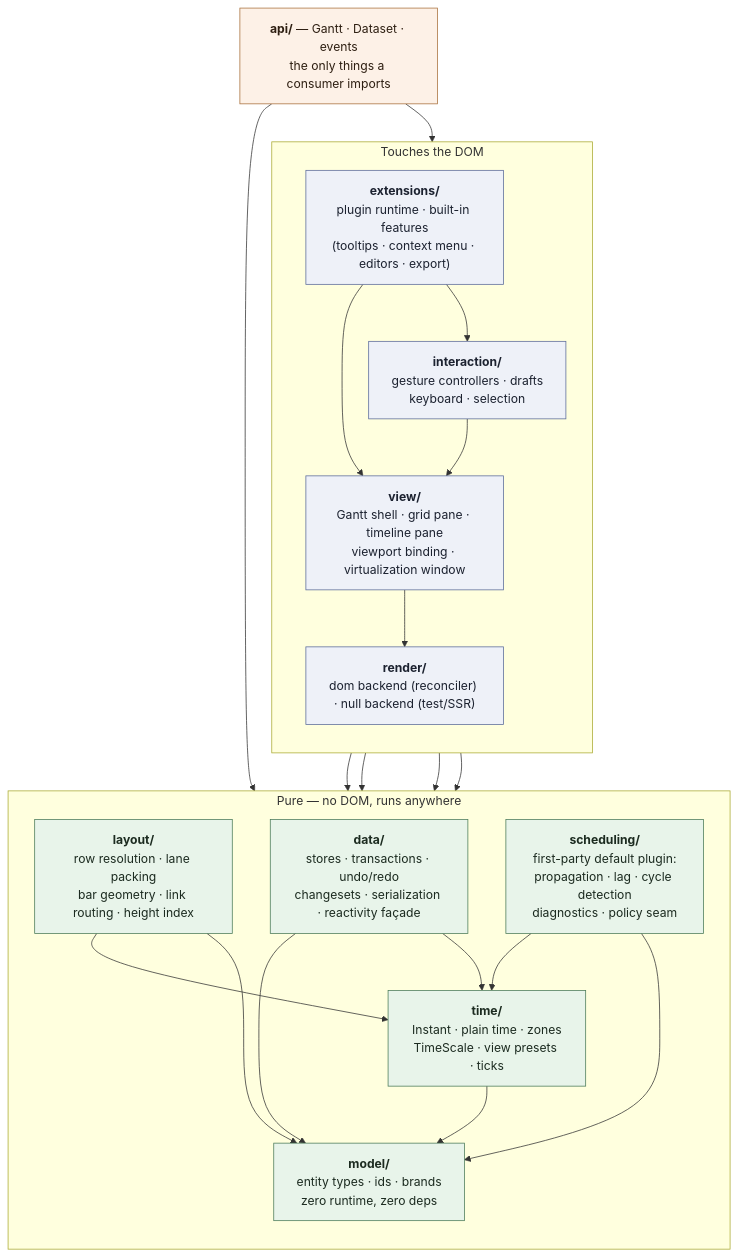
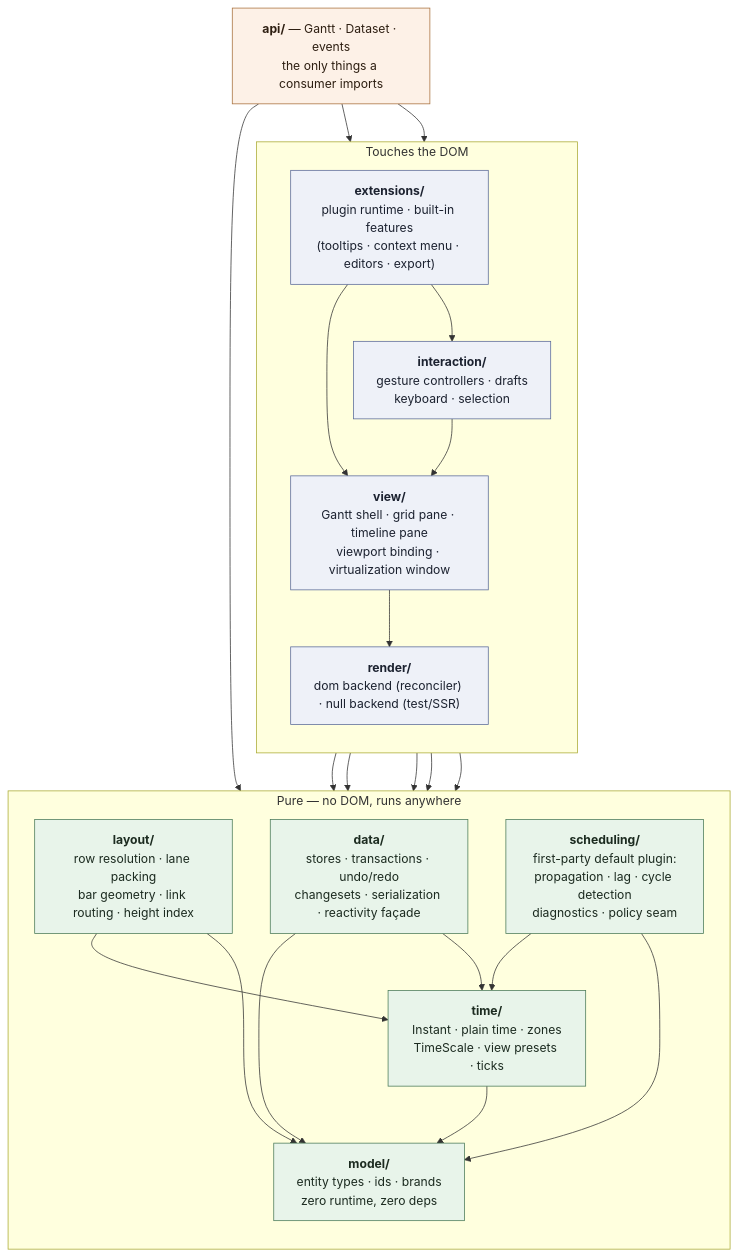
One commit to freegantt/freegantt changed the first of 6 diagrams in plans/01-domain-architecture.md. Above: the diagram before and after it, drawn with Mermaid. The commit also changed other lines of this file and 15 other files, not shown here.

````diff
--- a/plans/01-domain-architecture.md
+++ b/plans/01-domain-architecture.md
@@ -11,46 +11,48 @@
 ```mermaid
 flowchart TB
   subgraph domside["Touches the DOM"]
     direction TB
     EXT["<b>extensions/</b><br/>plugin runtime · built-in features<br/>(tooltips · context menu · editors · export)"]
     INT["<b>interaction/</b><br/>gesture controllers · drafts<br/>keyboard · selection"]
     VIEW["<b>view/</b><br/>Gantt shell · grid pane · timeline pane<br/>viewport binding · virtualization window"]
     REN["<b>render/</b><br/>dom backend (reconciler) · null backend (test/SSR)"]
   end
 
   subgraph pureside["Pure — no DOM, runs anywhere"]
     direction TB
     LAY["<b>layout/</b><br/>row resolution · lane packing<br/>bar geometry · link routing · height index"]
     SCH["<b>scheduling/</b><br/>first-party default plugin:<br/>propagation · lag · cycle detection<br/>diagnostics · policy seam"]
     DATA["<b>data/</b><br/>stores · transactions · undo/redo<br/>changesets · serialization · reactivity façade"]
     TIME["<b>time/</b><br/>Instant · plain time · zones<br/>TimeScale · view presets · ticks"]
     MODEL["<b>model/</b><br/>entity types · ids · brands<br/>zero runtime, zero deps"]
   end
 
   API["<b>api/</b> — Gantt · Dataset · events<br/>the only things a consumer imports"]
 
   API --> VIEW
   API --> DATA
+  API --> INT
   EXT --> VIEW
   EXT --> INT
   INT --> VIEW
   INT --> DATA
+  INT --> MODEL
   VIEW --> REN
   VIEW --> LAY
   VIEW --> DATA
   REN --> LAY
   LAY --> TIME
   LAY --> MODEL
   DATA --> MODEL
   DATA --> TIME
   SCH --> TIME
   SCH --> MODEL
   TIME --> MODEL
 
   classDef pure fill:#e8f4ea,stroke:#4a7a58,color:#1c2b20
   classDef dom fill:#eef1f8,stroke:#5a6a9a,color:#1c2230
   classDef apic fill:#fdf1e7,stroke:#a8703c,color:#2e1f12
   class MODEL,TIME,DATA,SCH,LAY pure
   class EXT,INT,VIEW,REN dom
   class API apic
 ```
````
